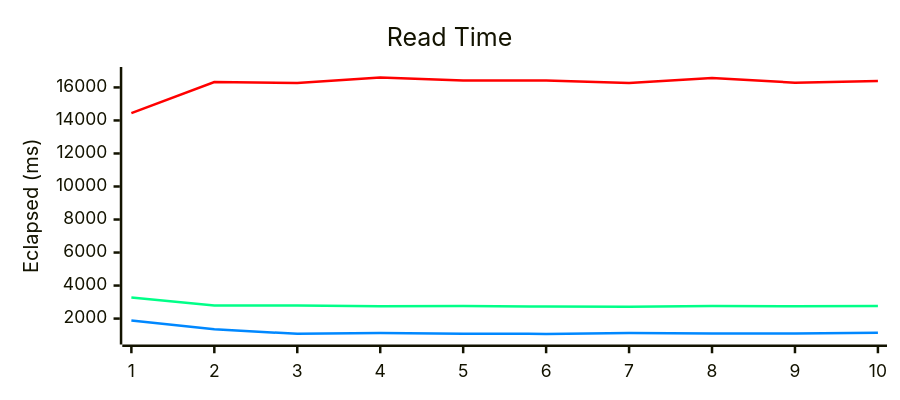
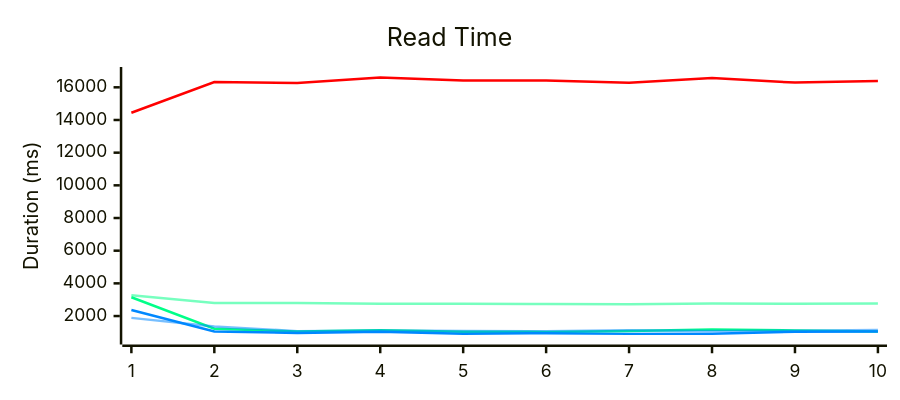
The second of 3 diagrams in README.md (RDCN-Community-Developers/RhythmToolkit), drawn with Mermaid before and after one commit. The commit also changed other lines of this file and 1 other file, not shown here.

````diff
--- a/README.md
+++ b/README.md
@@ -114,19 +113,23 @@
 ```mermaid
 ---
 config:
     xyChart:
         height: 300
     themeVariables:
         xyChart:
-            plotColorPalette: '#FF0000, #00FF88, #0088FF'
+            plotColorPalette: '#F00, #0F88, #0F8, #08F8, #08F'
 ---
 xychart
   title "Read Time"
-    y-axis "Eclapsed (ms)"
+    y-axis "Duration (ms)"
     %% RDLE
     line [14441.1006, 16324.7944, 16264.1535, 16592.9209, 16411.6373, 16414.5378, 16274.7375, 16567.1659, 16288.4762, 16382.9809]
-    %% RDTK .NET Standard 2.0
+    %% RDTK .NET Standard 2.0 v1.3.4
     line [3273.9261, 2793.1168, 2796.0169, 2750.7386, 2757.9804, 2734.5127, 2715.0270, 2765.0712, 2749.9744, 2764.9854]
-    %% RDTK .NET 8.0
+    %% RDTK .NET Standard 2.0 v1.3.9
+    line [3148.9088,1226.1298,1054.2334,1134.9715,1033.4164,1030.4823,1088.7369,1178.1487,1120.97,1055.3118]
+    %% RDTK .NET 8.0 v1.3.4
     line [1887.2656, 1353.3896, 1076.3732, 1121.0746, 1080.6883, 1074.4476, 1122.7722, 1091.6990, 1103.6302, 1149.2975]
+    %% RDTK .NET 8.0 v1.3.9
+    line [2367.0337,1056.9628,966.5576,1035.8415,913.1249,946.951,908.2692,917.0895,1036.6879,1048.7651]
 ```
````
